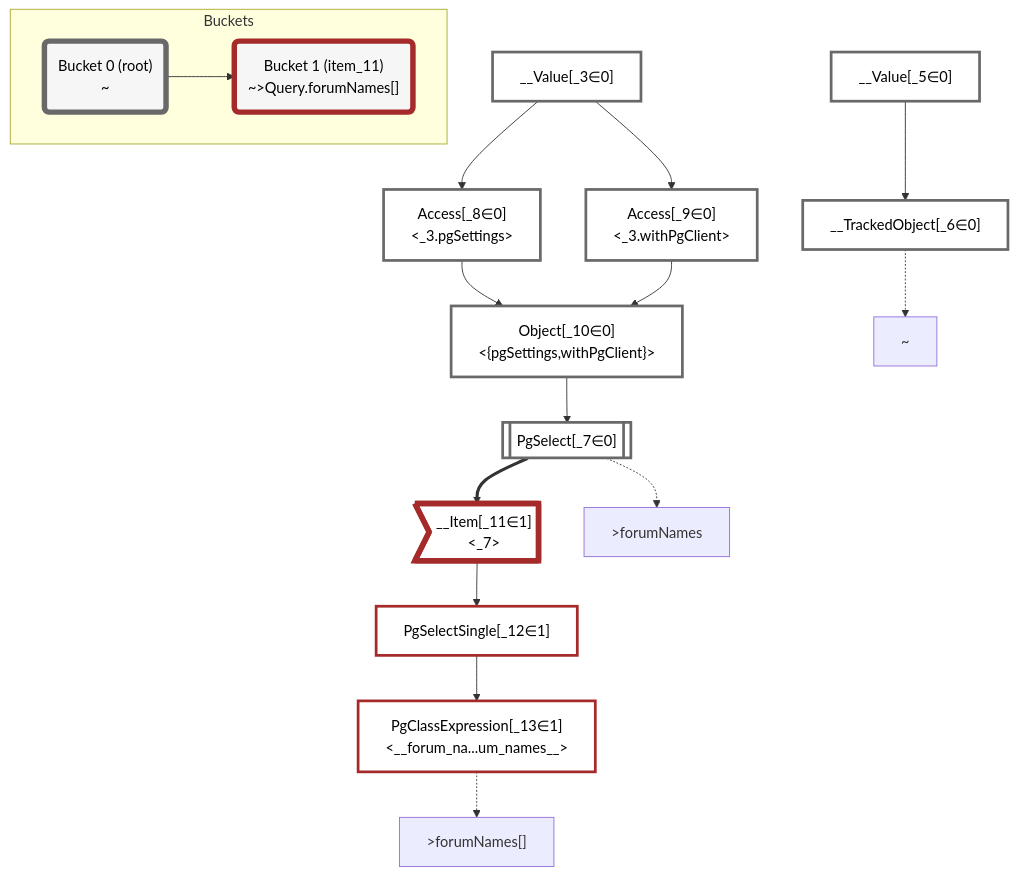
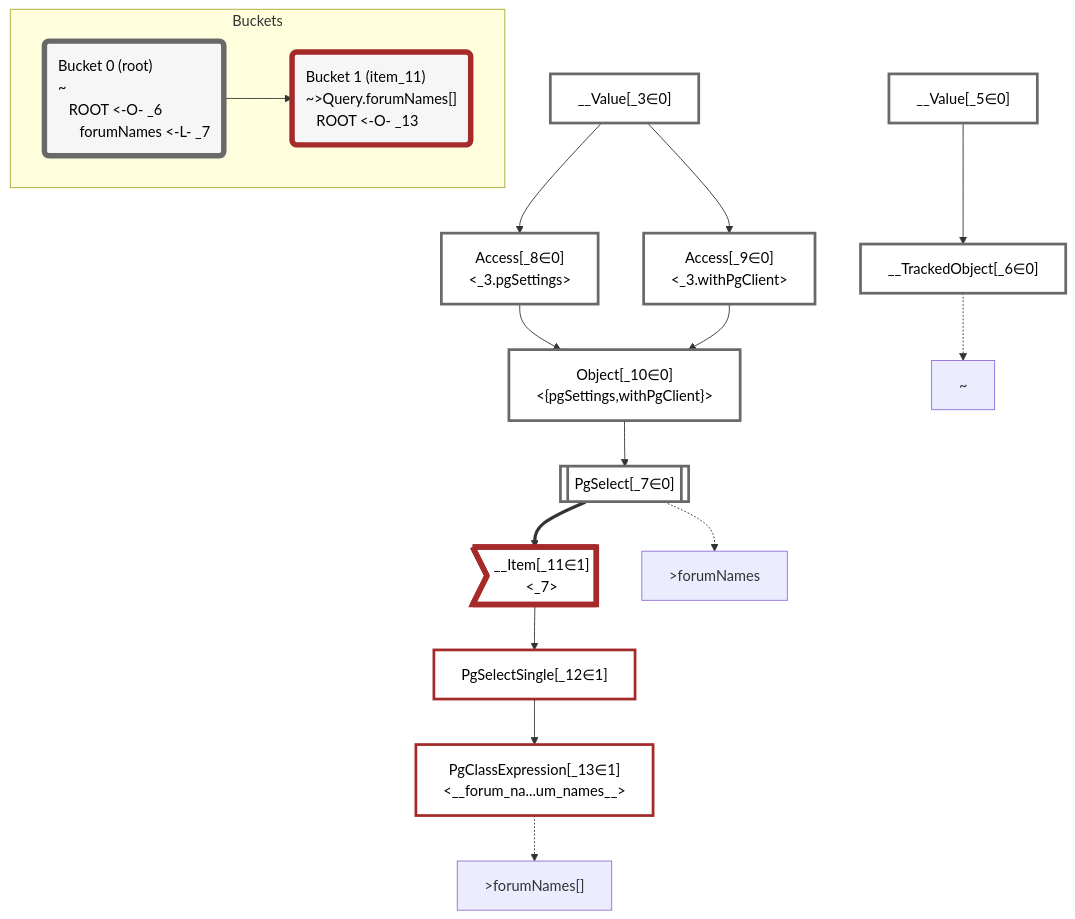
The diagram in packages/dataplan-pg/__tests__/queries/functions/custom-query-forum-names.deopt.mermaid.md (graphile/crystal), drawn with Mermaid before and after one commit. The commit also changed 195 other files, not shown here.

````diff
--- a/packages/dataplan-pg/__tests__/queries/functions/custom-query-forum-names.deopt.mermaid.md
+++ b/packages/dataplan-pg/__tests__/queries/functions/custom-query-forum-names.deopt.mermaid.md
@@ -1,54 +1,54 @@
 ```mermaid
 graph TD
     classDef path fill:#eee,stroke:#000,color:#000
     classDef plan fill:#fff,stroke-width:3px,color:#000
     classDef itemplan fill:#fff,stroke-width:6px,color:#000
     classDef sideeffectplan fill:#f00,stroke-width:6px,color:#000
-    classDef bucket fill:#f6f6f6,color:#000,stroke-width:6px
+    classDef bucket fill:#f6f6f6,color:#000,stroke-width:6px,text-align:left
 
 
     %% define plans
     __Value_3["__Value[_3∈0]<br /><context>"]:::plan
     __Value_5["__Value[_5∈0]<br /><rootValue>"]:::plan
     __TrackedObject_6["__TrackedObject[_6∈0]"]:::plan
     PgSelect_7[["PgSelect[_7∈0]<br /><forum_names>"]]:::plan
     Access_8["Access[_8∈0]<br /><_3.pgSettings>"]:::plan
     Access_9["Access[_9∈0]<br /><_3.withPgClient>"]:::plan
     Object_10["Object[_10∈0]<br /><{pgSettings,withPgClient}>"]:::plan
     __Item_11>"__Item[_11∈1]<br /><_7>"]:::itemplan
     PgSelectSingle_12["PgSelectSingle[_12∈1]<br /><text>"]:::plan
     PgClassExpression_13["PgClassExpression[_13∈1]<br /><__forum_na...um_names__>"]:::plan
 
     %% plan dependencies
     __Value_5 --> __TrackedObject_6
     Object_10 --> PgSelect_7
     __Value_3 --> Access_8
     __Value_3 --> Access_9
     Access_8 --> Object_10
     Access_9 --> Object_10
     PgSelect_7 ==> __Item_11
     __Item_11 --> PgSelectSingle_12
     PgSelectSingle_12 --> PgClassExpression_13
 
     %% plan-to-path relationships
     P_6["~"]
     __TrackedObject_6 -.-> P_6
     P_7[">forumNames"]
     PgSelect_7 -.-> P_7
     P_13[">forumNames[]"]
     PgClassExpression_13 -.-> P_13
 
     %% allocate buckets
     classDef bucket0 stroke:#696969
     class __Value_3,__Value_5,__TrackedObject_6,PgSelect_7,Access_8,Access_9,Object_10 bucket0
     classDef bucket1 stroke:#a52a2a
     class __Item_11,PgSelectSingle_12,PgClassExpression_13 bucket1
 
     subgraph Buckets
-    Bucket0("Bucket 0 (root)<br />~"):::bucket
+    Bucket0("Bucket 0 (root)<br />~<br />⠀ROOT <-O- _6<br />⠀⠀forumNames <-L- _7"):::bucket
     style Bucket0 stroke:#696969
-    Bucket1("Bucket 1 (item_11)<br />~>Query.forumNames[]"):::bucket
+    Bucket1("Bucket 1 (item_11)<br />~>Query.forumNames[]<br />⠀ROOT <-O- _13"):::bucket
     style Bucket1 stroke:#a52a2a
     Bucket0 --> Bucket1
     end
 ```
````
